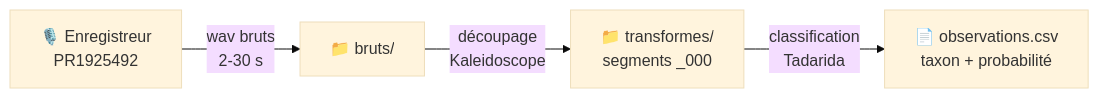
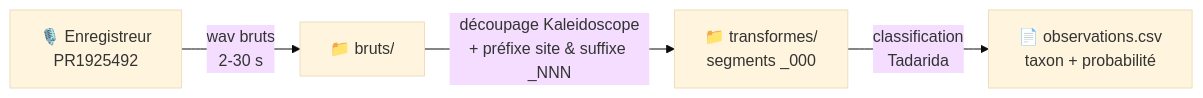
One commit to IUTInfoAix-S201/vigiechiro-pr-companion-exemple-nuit changed the diagram in README.md. Above: the diagram before and after it, drawn with Mermaid (base theme). The commit also changed other lines of this file, not shown here.

````diff
--- a/README.md
+++ b/README.md
@@ -31,6 +31,6 @@
 ```mermaid
 flowchart LR
     A["🎙️ Enregistreur<br/>PR1925492"] -->|wav bruts<br/>2-30 s| B["📁 bruts/"]
-    B -->|découpage<br/>Kaleidoscope| C["📁 transformes/<br/>segments _000"]
+    B -->|"découpage Kaleidoscope<br/>+ préfixe site & suffixe _NNN"| C["📁 transformes/<br/>segments _000"]
     C -->|classification<br/>Tadarida| D["📄 observations.csv<br/>taxon + probabilité"]
 ```
````
